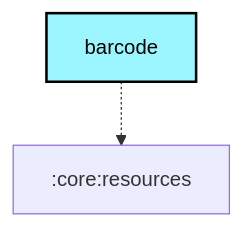
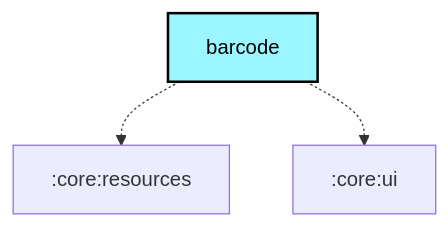
One commit to meshtastic/Meshtastic-Android changed the diagram in core/barcode/README.md. Above: the diagram before and after it, drawn with Mermaid. The commit also changed 6 other files, not shown here.

Commit message:
chore: Scheduled updates (Firmware, Hardware, Translations, Graphs) (#4739)

````diff
--- a/core/barcode/README.md
+++ b/core/barcode/README.md
@@ -34,16 +34,17 @@
 ```mermaid
 graph TB
   :core:barcode[barcode]:::android-library
   :core:barcode -.-> :core:resources
+  :core:barcode -.-> :core:ui
 
 classDef android-application fill:#CAFFBF,stroke:#000,stroke-width:2px,color:#000;
 classDef android-application-compose fill:#CAFFBF,stroke:#000,stroke-width:2px,color:#000;
 classDef android-feature fill:#FFD6A5,stroke:#000,stroke-width:2px,color:#000;
 classDef android-library fill:#9BF6FF,stroke:#000,stroke-width:2px,color:#000;
 classDef android-library-compose fill:#9BF6FF,stroke:#000,stroke-width:2px,color:#000;
 classDef android-test fill:#A0C4FF,stroke:#000,stroke-width:2px,color:#000;
 classDef jvm-library fill:#BDB2FF,stroke:#000,stroke-width:2px,color:#000;
 classDef kmp-library fill:#FFC1CC,stroke:#000,stroke-width:2px,color:#000;
 classDef unknown fill:#FFADAD,stroke:#000,stroke-width:2px,color:#000;
 
 ```
````
